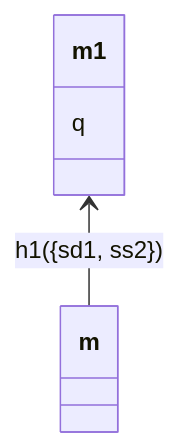
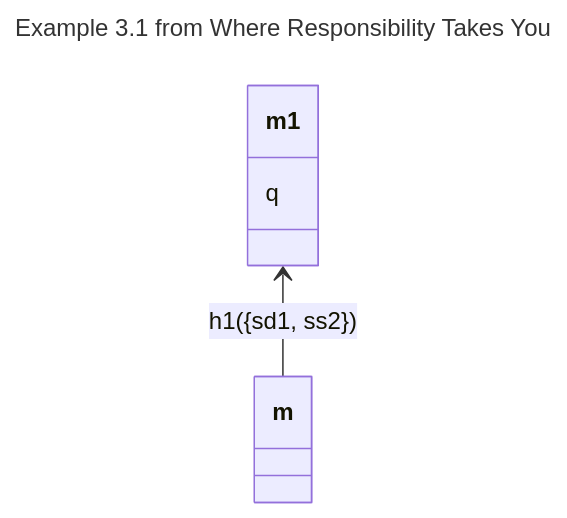
The diagram in streamlit_app/models/3.1_partial.mmd (bparsia/alon-streamlit-app), drawn with Mermaid before and after one commit. The commit also changed 4 other files, not shown here.

```diff
--- a/streamlit_app/models/3.1_partial.mmd
+++ b/streamlit_app/models/3.1_partial.mmd
@@ -1,28 +1,28 @@
 ---
+title: Example 3.1 from Where Responsibility Takes You
+description: This is a minimal specification of the corresponding model with all histories except h1 left implicit. Thus, the naming of the other histories might be different than in the book, but the results are the same. Of note is that since we do full responsibility analysis we get results for group {1,2} which has quite a bit of responsibility.
 type: DBT
 actions:
   1:
     - sd
     - ss
   2:
     - ss
     - ha
 opposings:
   sd1:
     - ha2
 aliases:
   1: Alice
   2: Beth
   sd: shoots Dan
   ss: stands still
   ha: hits Alice
   q: Dan dies
-result: q
-evaluation_point: m/h1
 ---
 classDiagram
 direction BT
   class m {
   }
   m --> m1 : h1({sd1, ss2})
   m1: q
```
